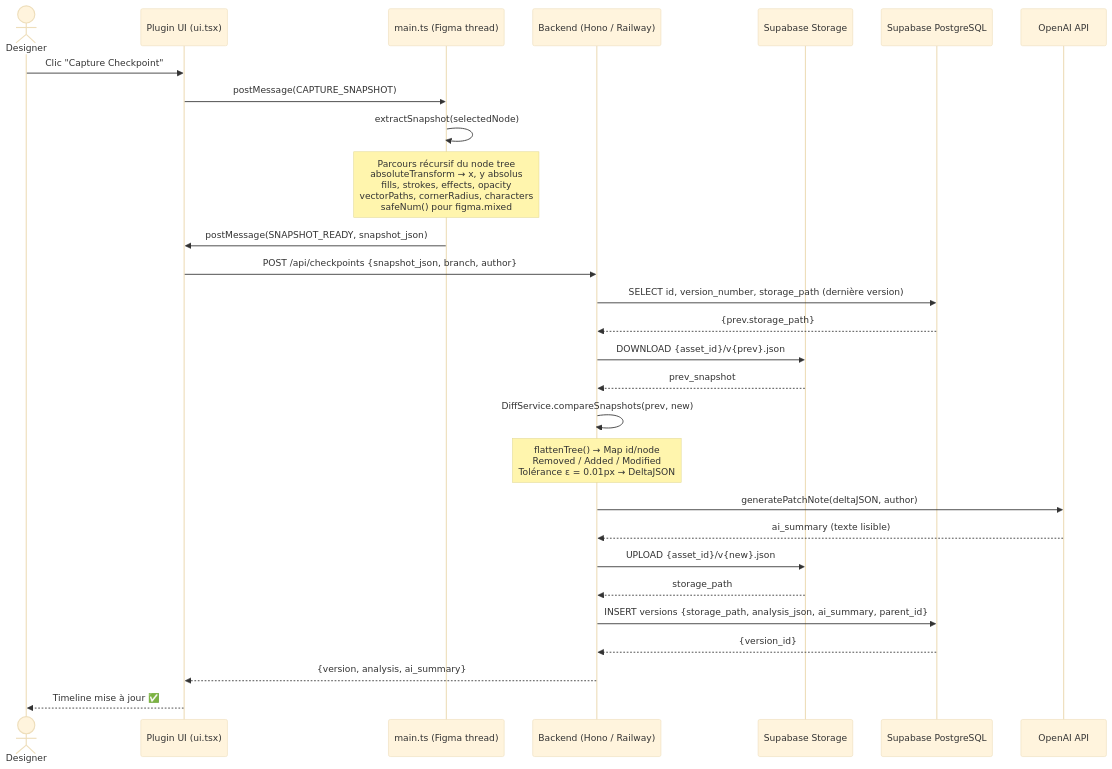
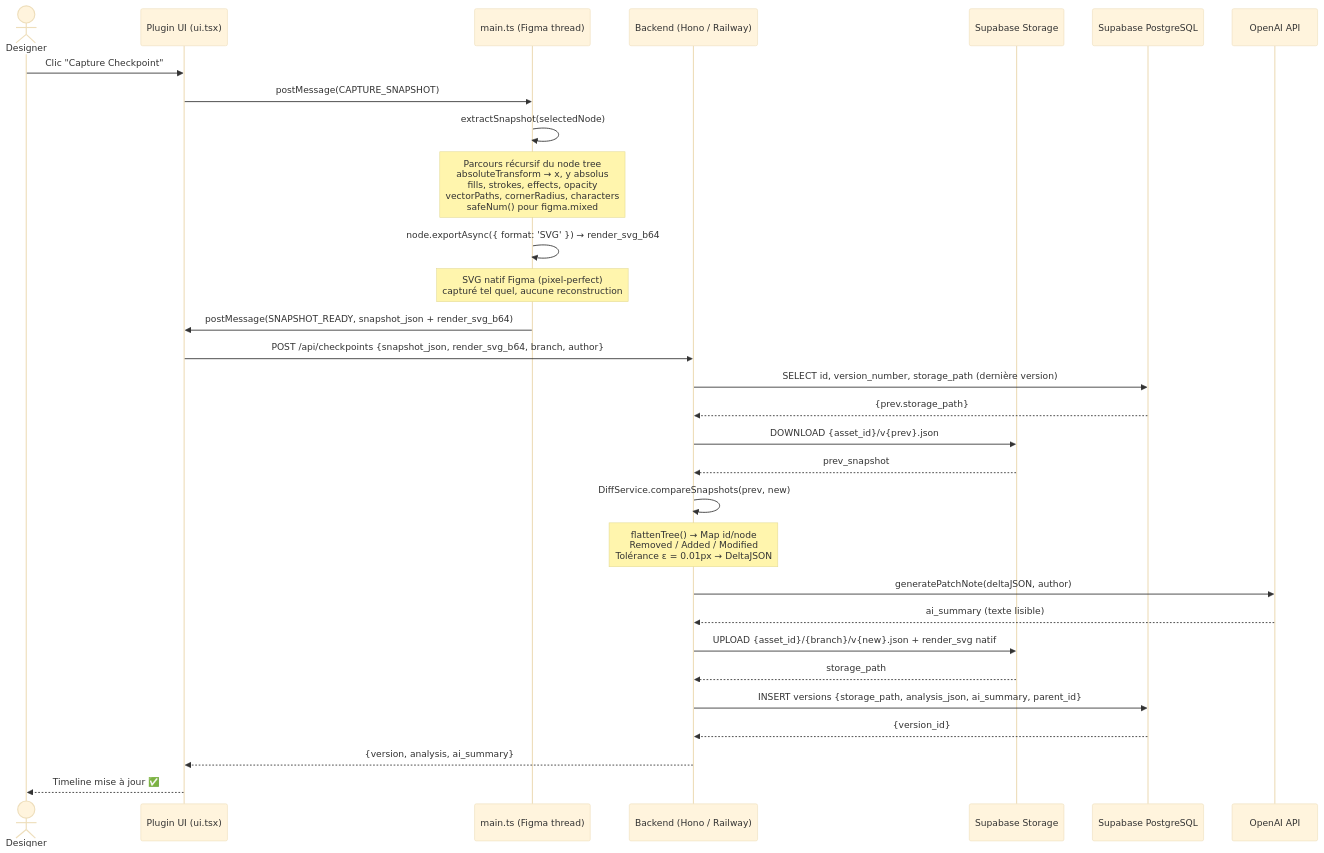
The second of 6 diagrams in docs/BC01/01-architecture.md (Hardi99/design-guardian), drawn with Mermaid (base theme) before and after one commit. The commit also changed other lines of this file and 2 other files, not shown here.

Commit message:
docs(BC01): update Mermaid diagrams (exportAsync SVG, 123 tests, fix deploy edge)

````diff
--- a/docs/BC01/01-architecture.md
+++ b/docs/BC01/01-architecture.md
@@ -50,31 +50,33 @@
 ```mermaid
 sequenceDiagram
     actor Designer
     participant PluginUI as Plugin UI (ui.tsx)
     participant Main as main.ts (Figma thread)
     participant Backend as Backend (Hono / Railway)
     participant Storage as Supabase Storage
     participant DB as Supabase PostgreSQL
     participant OpenAI as OpenAI API
 
     Designer->>PluginUI: Clic "Capture Checkpoint"
     PluginUI->>Main: postMessage(CAPTURE_SNAPSHOT)
     Main->>Main: extractSnapshot(selectedNode)
     Note over Main: Parcours récursif du node tree<br/>absoluteTransform → x, y absolus<br/>fills, strokes, effects, opacity<br/>vectorPaths, cornerRadius, characters<br/>safeNum() pour figma.mixed
-    Main->>PluginUI: postMessage(SNAPSHOT_READY, snapshot_json)
-    PluginUI->>Backend: POST /api/checkpoints {snapshot_json, branch, author}
+    Main->>Main: node.exportAsync({ format: 'SVG' }) → render_svg_b64
+    Note over Main: SVG natif Figma (pixel-perfect)<br/>capturé tel quel, aucune reconstruction
+    Main->>PluginUI: postMessage(SNAPSHOT_READY, snapshot_json + render_svg_b64)
+    PluginUI->>Backend: POST /api/checkpoints {snapshot_json, render_svg_b64, branch, author}
     Backend->>DB: SELECT id, version_number, storage_path (dernière version)
     DB-->>Backend: {prev.storage_path}
     Backend->>Storage: DOWNLOAD {asset_id}/v{prev}.json
     Storage-->>Backend: prev_snapshot
     Backend->>Backend: DiffService.compareSnapshots(prev, new)
     Note over Backend: flattenTree() → Map id/node<br/>Removed / Added / Modified<br/>Tolérance ε = 0.01px → DeltaJSON
     Backend->>OpenAI: generatePatchNote(deltaJSON, author)
     OpenAI-->>Backend: ai_summary (texte lisible)
-    Backend->>Storage: UPLOAD {asset_id}/v{new}.json
+    Backend->>Storage: UPLOAD {asset_id}/{branch}/v{new}.json + render_svg natif
     Storage-->>Backend: storage_path
     Backend->>DB: INSERT versions {storage_path, analysis_json, ai_summary, parent_id}
     DB-->>Backend: {version_id}
     Backend-->>PluginUI: {version, analysis, ai_summary}
     PluginUI-->>Designer: Timeline mise à jour ✅
 ```
````
